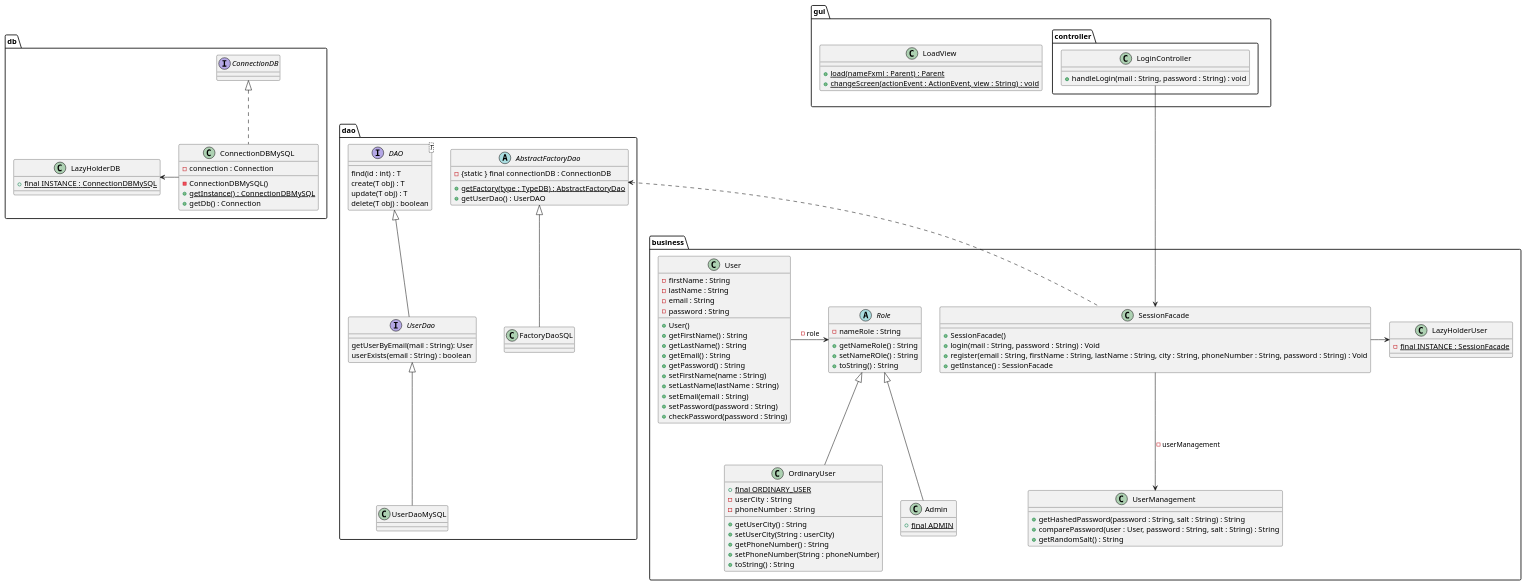
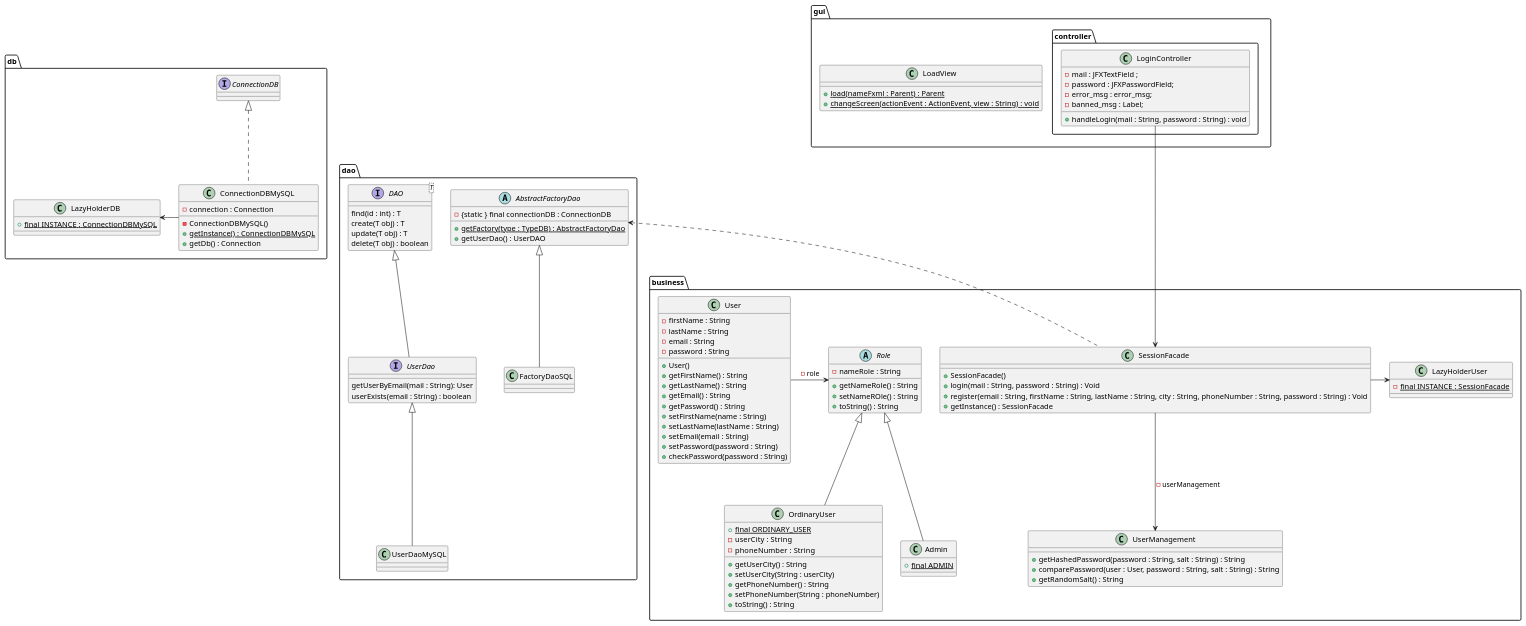
Before and after one commit to LaunoisRemy/ToolShare: the diagram in documents/diagram/login/loginClass.puml, drawn with PlantUML.

Commit message:
UML : Login attributes fxml

```diff
--- a/documents/diagram/login/loginClass.puml
+++ b/documents/diagram/login/loginClass.puml
@@ -1,131 +1,135 @@
 @startuml
 
 package dao {
 
 
     interface UserDao{
         getUserByEmail(mail : String): User
         userExists(email : String) : boolean
     }
     class UserDaoMySQL
     AbstractFactoryDao <|-- FactoryDaoSQL
     UserDao <|-- UserDaoMySQL
 
     interface DAO<T>{
         find(id : int) : T
         create(T obj) : T
         update(T obj) : T
         delete(T obj) : boolean
     }
 
     abstract AbstractFactoryDao{
         - {static } final connectionDB : ConnectionDB
         + {static} getFactory(type : TypeDB) : AbstractFactoryDao
         + getUserDao() : UserDAO
     }
 
     class FactoryDaoSQL{
     }
 
 
     DAO <|-- UserDao
 }
 package db{
     class ConnectionDBMySQL{
         - connection : Connection
         - ConnectionDBMySQL()
         + {static} getInstance() : ConnectionDBMySQL
         + getDb() : Connection
     }
 
     class LazyHolderDB{
         + {static} final INSTANCE : ConnectionDBMySQL
     }
     interface ConnectionDB
     ConnectionDBMySQL -Left-> LazyHolderDB
     ConnectionDBMySQL .up.|> ConnectionDB
 
 }
 package business{
     class SessionFacade{
         + SessionFacade()
         + login(mail : String, password : String) : Void
         + register(email : String, firstName : String, lastName : String, city : String, phoneNumber : String, password : String) : Void
         + getInstance() : SessionFacade
     }
 
     class LazyHolderUser{
         -{static} final INSTANCE : SessionFacade
     }
 
     SessionFacade -> LazyHolderUser
     class User{
         -firstName : String
         -lastName : String
         -email : String
         -password : String
         + User()
         +getFirstName() : String
         +getLastName() : String
         +getEmail() : String
         +getPassword() : String
         +setFirstName(name : String)
         +setLastName(lastName : String)
         +setEmail(email : String)
         +setPassword(password : String)
         +checkPassword(password : String)
     }
 
     abstract Role{
         - nameRole : String
         + getNameRole() : String
         + setNameROle() : String
         + toString() : String
     }
     class OrdinaryUser{
         + {static} final ORDINARY_USER
         - userCity :  String
         - phoneNumber :  String
         + getUserCity() : String
         + setUserCity(String : userCity)
         + getPhoneNumber() : String
         + setPhoneNumber(String : phoneNumber)
         + toString() : String
 
     }
     class Admin{
         + {static} final ADMIN
 
     }
     User -> Role : -role
     OrdinaryUser -Up-|> Role
     Admin -Up-|> Role
     class UserManagement{
         + getHashedPassword(password : String, salt : String) : String
         + comparePassword(user : User, password : String, salt : String) : String
         + getRandomSalt() : String
     }
 
     SessionFacade --> UserManagement : -userManagement
 }
 
 package gui{
 
     class LoadView{
         + {static} load(nameFxml : Parent) : Parent
         + {static} changeScreen(actionEvent : ActionEvent, view : String) : void
     }
 
     package controller{
         class LoginController{
+            - mail : JFXTextField ;
+            - password : JFXPasswordField;
+            - error_msg : error_msg;
+            - banned_msg : Label;
             + handleLogin(mail : String, password : String) : void
         }
 
     }
 }
 SessionFacade <--Up- LoginController
 SessionFacade .Up.> AbstractFactoryDao
 
 
 
 @enduml
```
